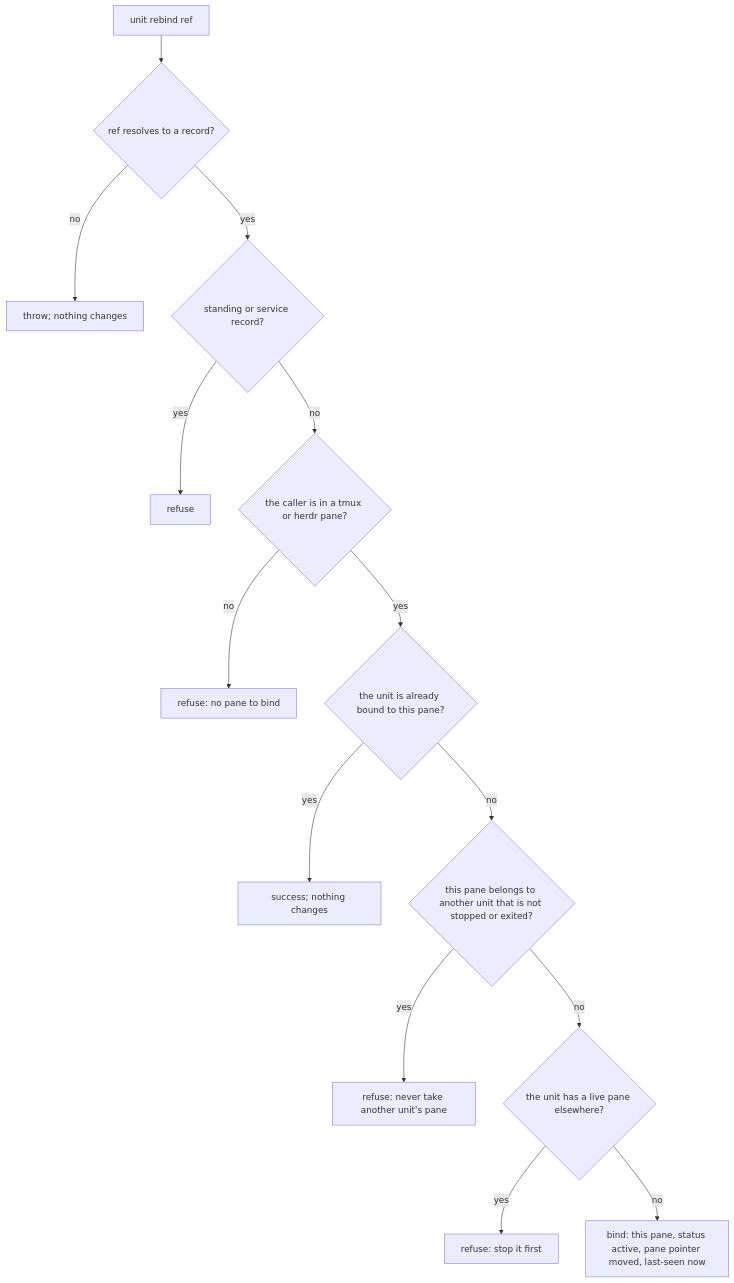
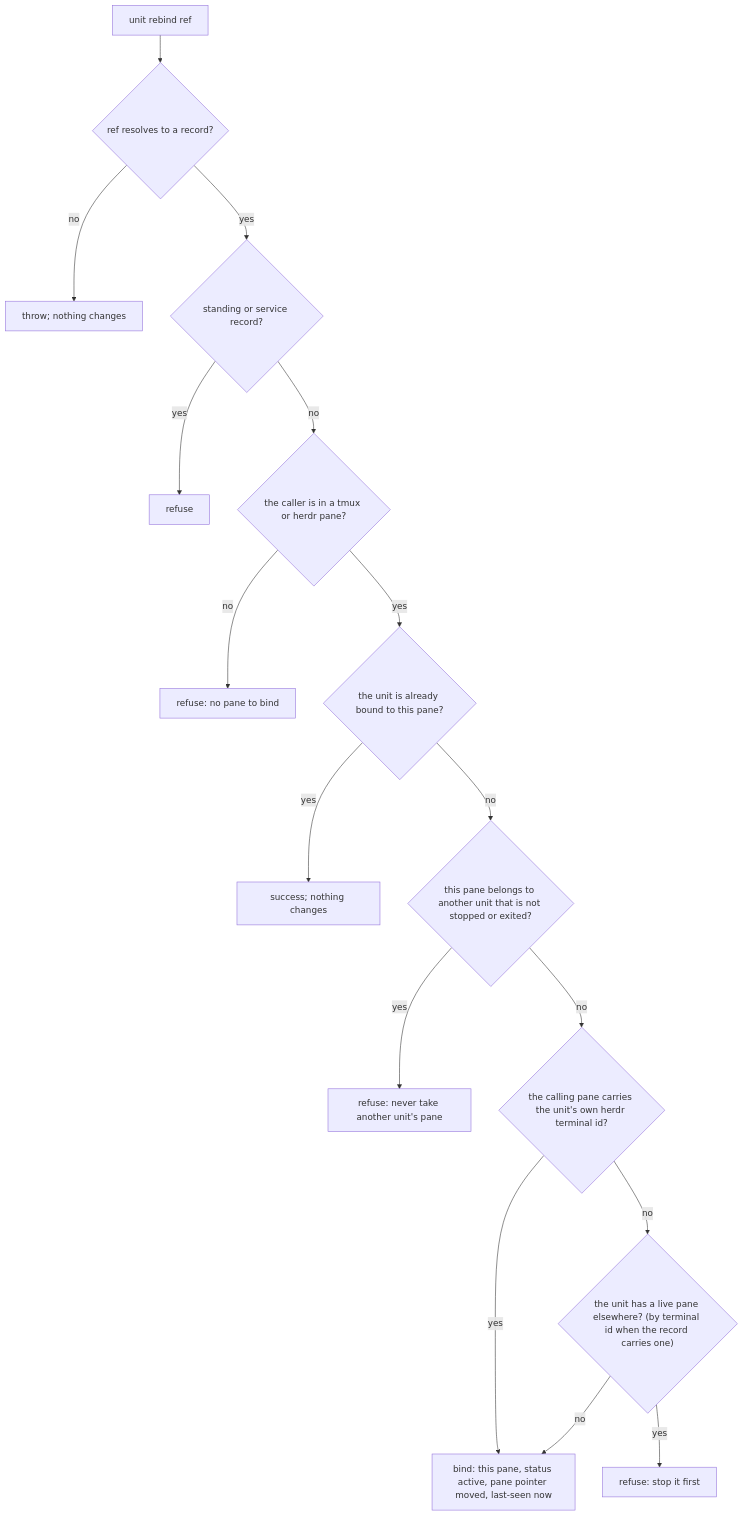
Before and after one commit to cyberuni/cyberlegion: the third of 4 diagrams in packages/cyberlegion/.agents/spec/unit/runtime/README.md, drawn with Mermaid. The commit also changed other lines of this file and 13 other files, not shown here.

First line of the commit message:
fix: follow a moved herdr pane by its terminal id so prune keeps the live unit (#273)

````diff
--- a/packages/cyberlegion/.agents/spec/unit/runtime/README.md
+++ b/packages/cyberlegion/.agents/spec/unit/runtime/README.md
@@ -283,16 +287,18 @@
 ```mermaid
 graph TD
   RB0["unit rebind ref"] --> RB1{"ref resolves to a record?"}
   RB1 -- no --> RB1X["throw; nothing changes"]
   RB1 -- yes --> RB2{"standing or service record?"}
   RB2 -- yes --> RB2X["refuse"]
   RB2 -- no --> RB3{"the caller is in a tmux or herdr pane?"}
   RB3 -- no --> RB3X["refuse: no pane to bind"]
   RB3 -- yes --> RB4{"the unit is already bound to this pane?"}
   RB4 -- yes --> RB4Y["success; nothing changes"]
   RB4 -- no --> RB5{"this pane belongs to another unit that is not stopped or exited?"}
   RB5 -- yes --> RB5X["refuse: never take another unit's pane"]
-  RB5 -- no --> RB6{"the unit has a live pane elsewhere?"}
+  RB5 -- no --> RBT{"the calling pane carries the unit's own herdr terminal id?"}
+  RBT -- yes --> RB7
+  RBT -- no --> RB6{"the unit has a live pane elsewhere? (by terminal id when the record carries one)"}
   RB6 -- yes --> RB6X["refuse: stop it first"]
   RB6 -- no --> RB7["bind: this pane, status active, pane pointer moved, last-seen now"]
 ```
````
